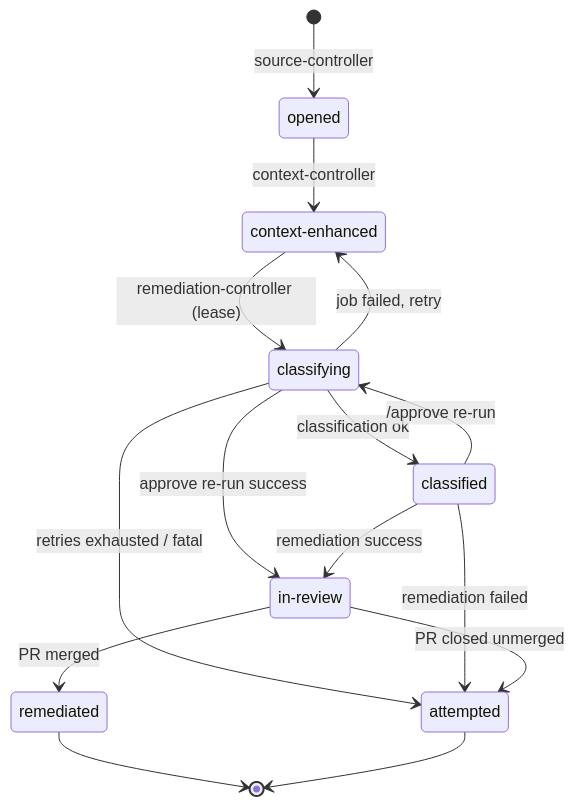
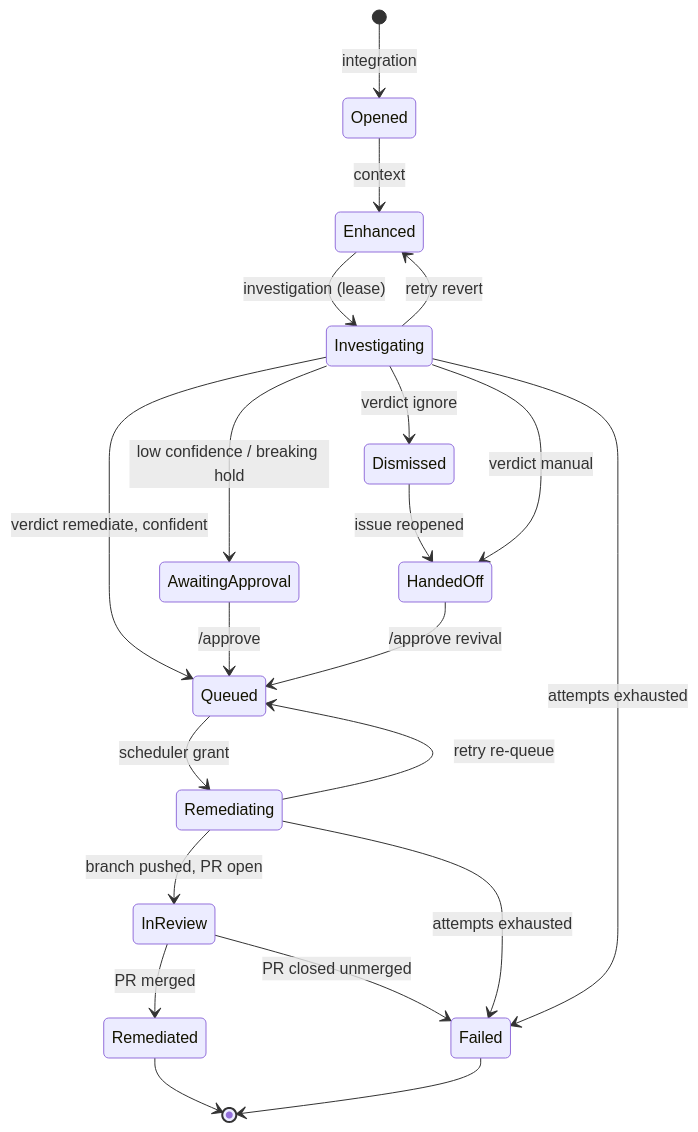
The diagram in docs/labels.md (bitwise-media-group/patchy), drawn with Mermaid before and after one commit. The commit also changed other lines of this file and 28 other files, not shown here.

````diff
--- a/docs/labels.md
+++ b/docs/labels.md
@@ -68,20 +43,23 @@
 ```mermaid
 stateDiagram-v2
-    [*] --> opened : source-controller
-    opened --> context_enhanced : context-controller
-    context_enhanced --> classifying : remediation-controller (lease)
-    classifying --> classified : classification ok
-    classifying --> context_enhanced : job failed, retry
-    classifying --> in_review : approve re-run success
-    classifying --> attempted : retries exhausted / fatal
-    classified --> classifying : /approve re-run
-    classified --> in_review : remediation success
-    classified --> attempted : remediation failed
-    in_review --> remediated : PR merged
-    in_review --> attempted : PR closed unmerged
-    remediated --> [*]
-    attempted --> [*]
-
-    state "context-enhanced" as context_enhanced
-    state "in-review" as in_review
+    [*] --> Opened : integration
+    Opened --> Enhanced : context
+    Enhanced --> Investigating : investigation (lease)
+    Investigating --> Enhanced : retry revert
+    Investigating --> Queued : verdict remediate, confident
+    Investigating --> AwaitingApproval : low confidence / breaking hold
+    Investigating --> Dismissed : verdict ignore
+    Investigating --> HandedOff : verdict manual
+    Investigating --> Failed : attempts exhausted
+    AwaitingApproval --> Queued : /approve
+    Queued --> Remediating : scheduler grant
+    Remediating --> Queued : retry re-queue
+    Remediating --> InReview : branch pushed, PR open
+    Remediating --> Failed : attempts exhausted
+    InReview --> Remediated : PR merged
+    InReview --> Failed : PR closed unmerged
+    Dismissed --> HandedOff : issue reopened
+    HandedOff --> Queued : /approve revival
+    Remediated --> [*]
+    Failed --> [*]
 ```
````
